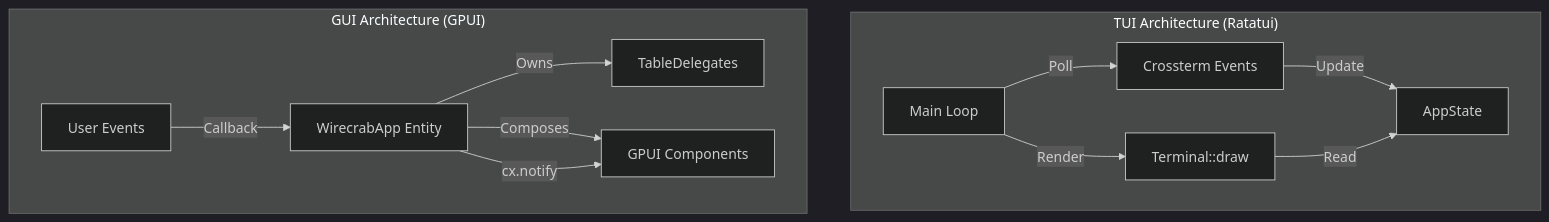
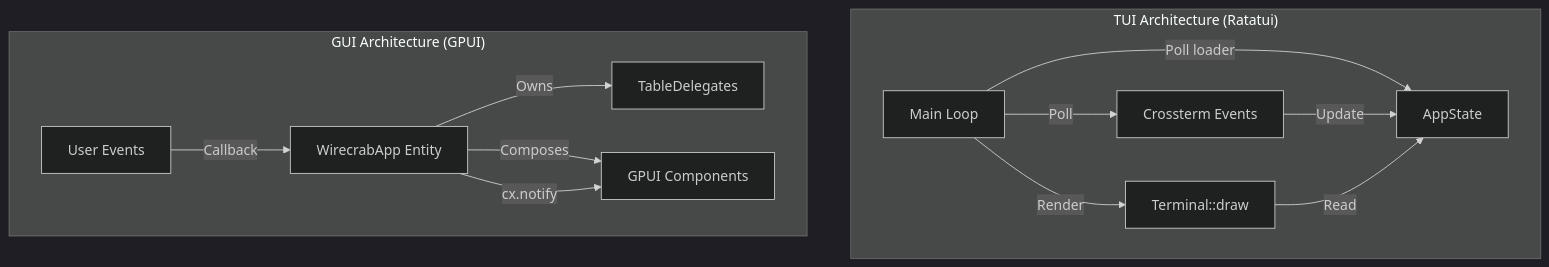
One commit to ehaughee/wirecrab changed the third of 3 diagrams in architecture.md. Above: the diagram before and after it, drawn with Mermaid (dark theme). The commit also changed other lines of this file and 12 other files, not shown here.

````diff
--- a/architecture.md
+++ b/architecture.md
@@ -103,26 +106,27 @@
 ```mermaid
 graph TD
     subgraph TUI ["TUI Architecture (Ratatui)"]
         T_Loop[Main Loop]
         T_State[AppState]
         T_Input[Crossterm Events]
         T_Draw[Terminal::draw]
         
+        T_Loop -->|Poll loader| T_State
         T_Loop -->|Poll| T_Input
         T_Input -->|Update| T_State
         T_Loop -->|Render| T_Draw
         T_Draw -->|Read| T_State
     end
 
     subgraph GUI ["GUI Architecture (GPUI)"]
         G_App[WirecrabApp Entity]
         G_Delegates[TableDelegates]
         G_Components[GPUI Components]
         G_Events[User Events]
 
         G_App -->|Owns| G_Delegates
         G_App -->|Composes| G_Components
         G_Events -->|Callback| G_App
         G_App -->|cx.notify| G_Components
     end
 ```
````
